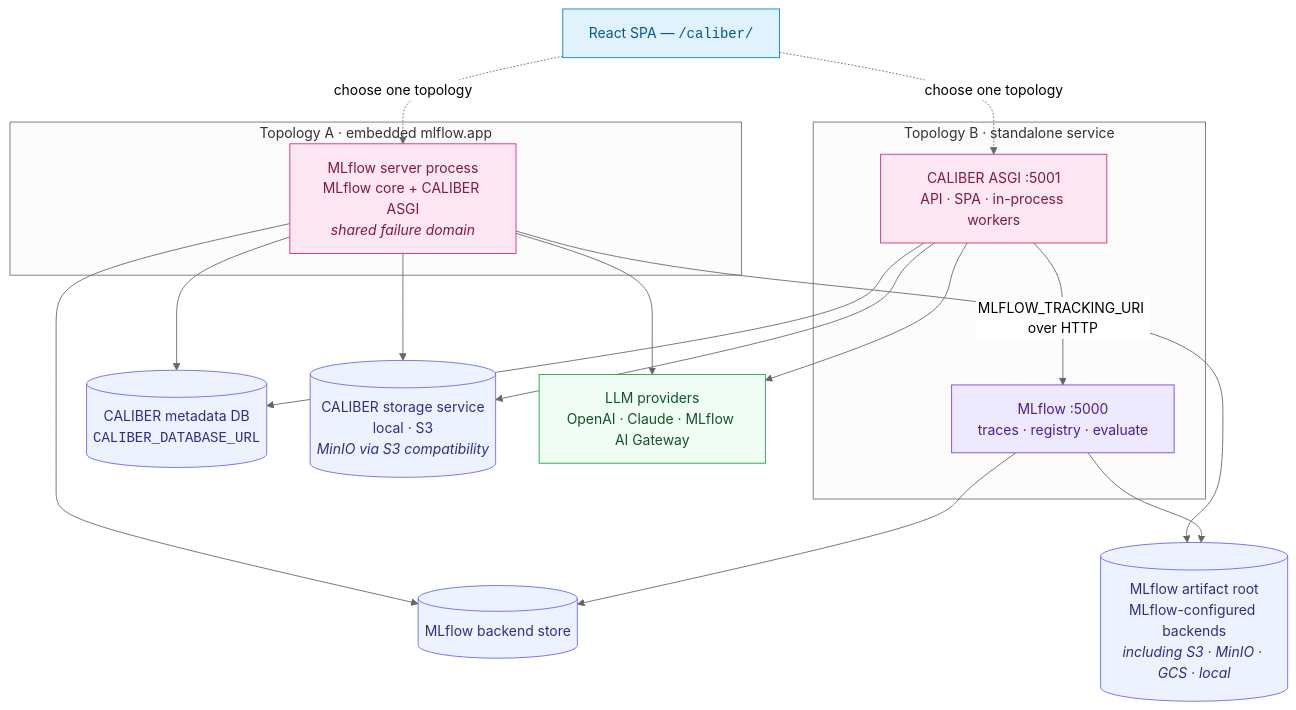
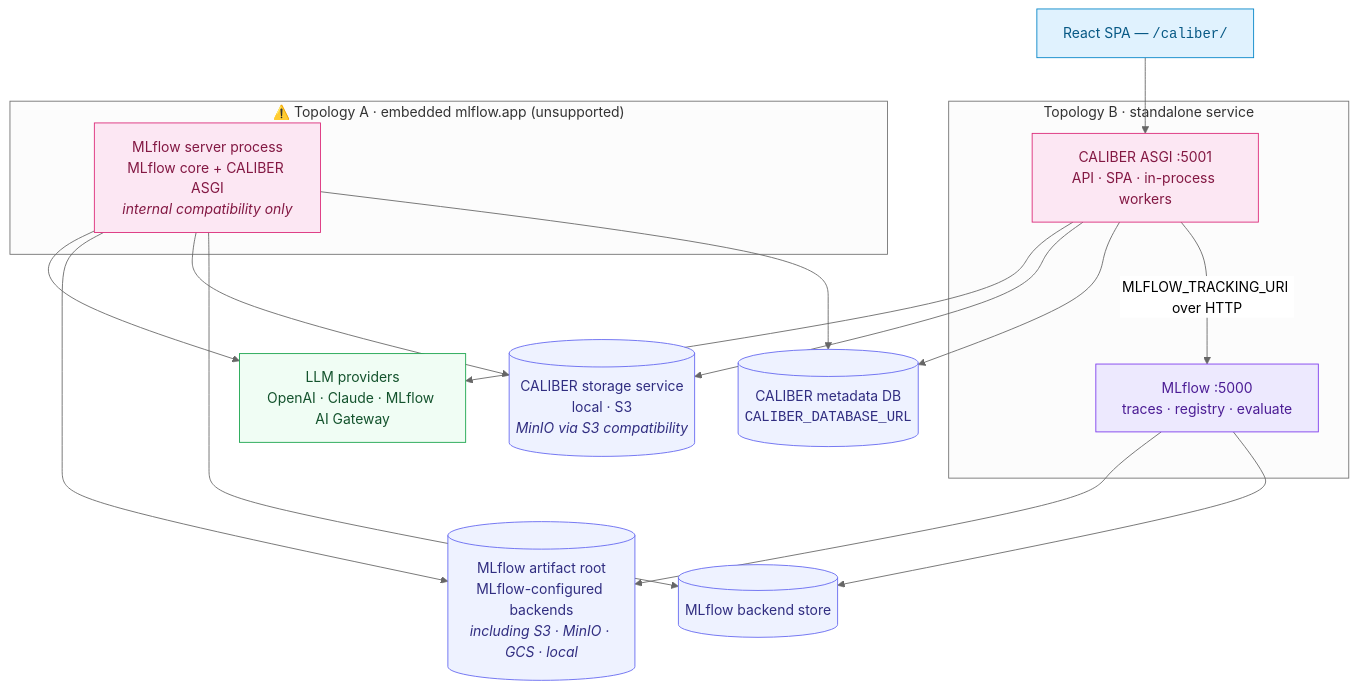
One commit to rrahimi-uci/caliber-suite changed the fifth of 8 diagrams in ARCHITECTURE.md. Above: the diagram before and after it, drawn with Mermaid (neutral theme). The commit also changed other lines of this file and 53 other files, not shown here.

First line of the commit message:
docs: adopt standalone Topology B as the sole supported CALIBER topology (#184)

````diff
--- a/ARCHITECTURE.md
+++ b/ARCHITECTURE.md
@@ -390,39 +395,38 @@
 ```mermaid
 flowchart TB
     spa["React SPA — <code>/caliber/</code>"]:::ui
-
-    subgraph embedded["Topology A · embedded mlflow.app"]
-        eproc["MLflow server process<br/>MLflow core + CALIBER ASGI<br/><i>shared failure domain</i>"]:::plug
-    end
 
     subgraph standalone["Topology B · standalone service"]
         capi["CALIBER ASGI :5001<br/>API · SPA · in-process workers"]:::plug
         mflow["MLflow :5000<br/>traces · registry · evaluate"]:::core
         capi -->|"MLFLOW_TRACKING_URI over HTTP"| mflow
+    end
+
+    subgraph embedded["⚠️ Topology A · embedded mlflow.app (unsupported)"]
+        eproc["MLflow server process<br/>MLflow core + CALIBER ASGI<br/><i>internal compatibility only</i>"]:::plug
     end
 
     cdb[("CALIBER metadata DB<br/><code>CALIBER_DATABASE_URL</code>")]:::store
     mdb[("MLflow backend store")]:::store
     cart[("CALIBER storage service<br/>local · S3<br/><i>MinIO via S3 compatibility</i>")]:::store
     mart[("MLflow artifact root<br/>MLflow-configured backends<br/><i>including S3 · MinIO · GCS · local</i>")]:::store
     llm["LLM providers<br/>OpenAI · Claude · MLflow AI Gateway"]:::ext
 
-    spa -. "choose one topology" .-> eproc
-    spa -. "choose one topology" .-> capi
+    spa --> capi
     eproc --> cdb
     eproc --> mdb
     capi --> cdb
     mflow --> mdb
     eproc --> cart
     eproc --> mart
     capi --> cart
     mflow --> mart
     eproc --> llm
     capi --> llm
 
     classDef ui fill:#e0f2fe,stroke:#0284c7,color:#075985;
     classDef core fill:#ede9fe,stroke:#7c3aed,color:#4c1d95;
     classDef plug fill:#fce7f3,stroke:#db2777,color:#831843;
     classDef store fill:#eef2ff,stroke:#6366f1,color:#312e81;
     classDef ext fill:#f0fdf4,stroke:#16a34a,color:#14532d;
 ```
````
